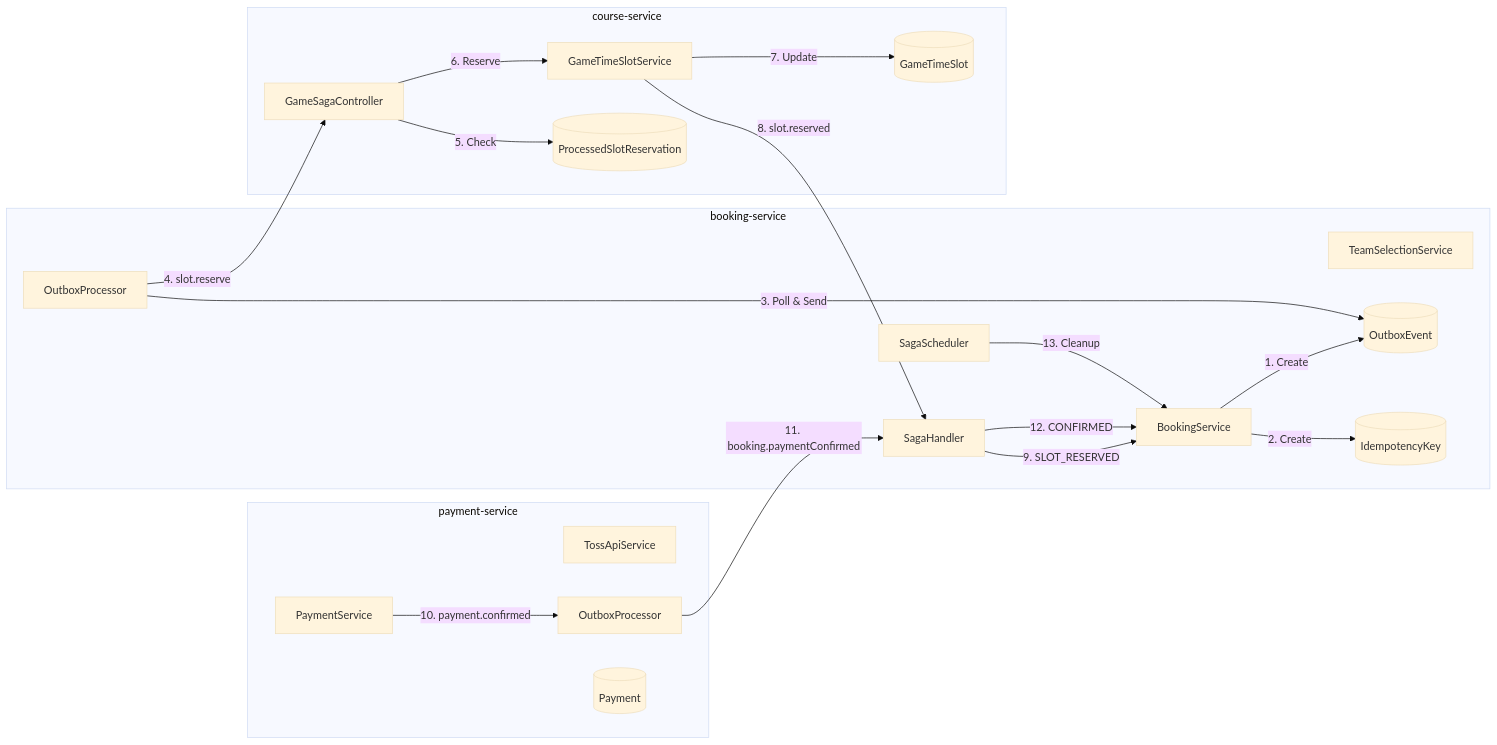
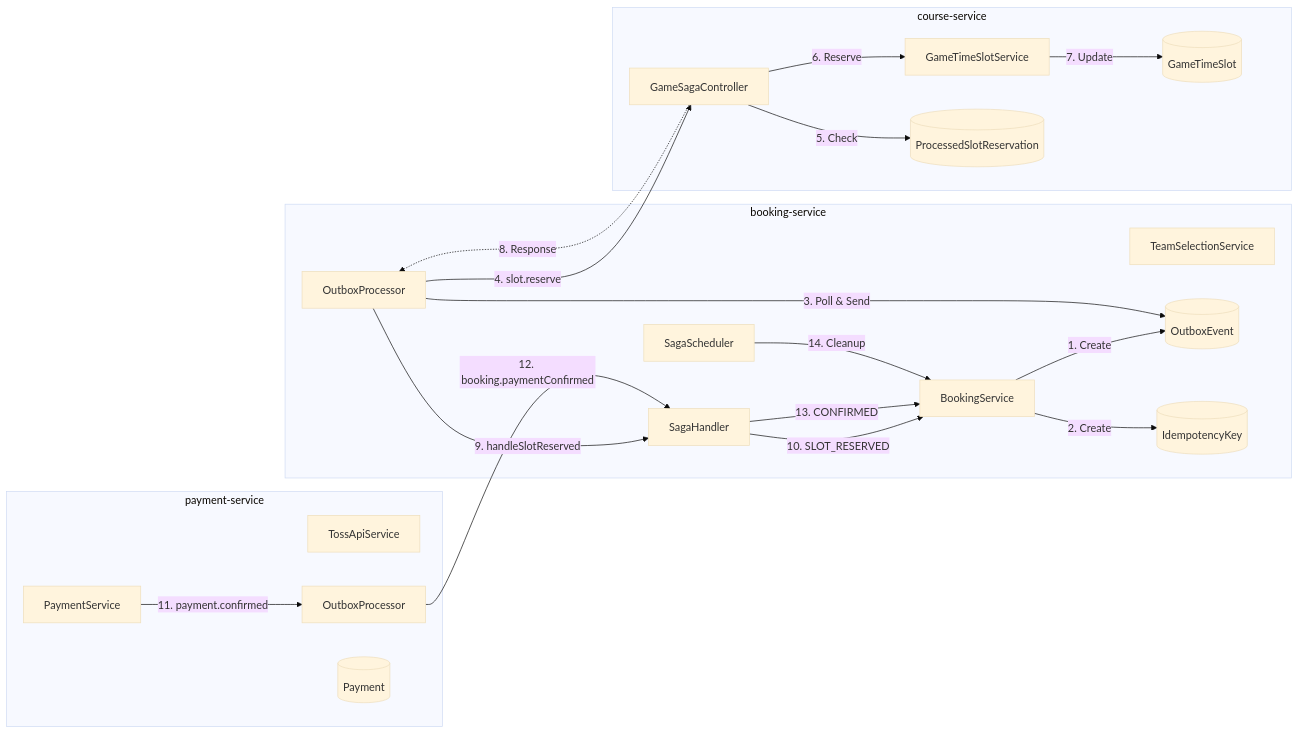
The second of 18 diagrams in docs/workflow/BOOKING.md (uniyous/parkgolf-platform), drawn with Mermaid (base theme) before and after one commit. The commit also changed other lines of this file and 5 other files, not shown here.

First line of the commit message:
docs: 제안서 및 워크플로우 문서 업데이트

````diff
--- a/docs/workflow/BOOKING.md
+++ b/docs/workflow/BOOKING.md
@@ -119,40 +118,41 @@
 ```mermaid
 flowchart LR
     subgraph "booking-service"
         A[BookingService]
         B[OutboxProcessor]
         C[SagaHandler]
         D[SagaScheduler]
         TS[TeamSelectionService]
         E[(OutboxEvent)]
         F[(IdempotencyKey)]
     end
 
     subgraph "course-service"
         G[GameSagaController]
         H[GameTimeSlotService]
         I[(ProcessedSlotReservation)]
         J[(GameTimeSlot)]
     end
 
     subgraph "payment-service"
         K[PaymentService]
         L[TossApiService]
         M[OutboxProcessor]
         N[(Payment)]
     end
 
     A -->|1. Create| E
     A -->|2. Create| F
     B -->|3. Poll & Send| E
     B -->|4. slot.reserve| G
     G -->|5. Check| I
     G -->|6. Reserve| H
     H -->|7. Update| J
-    H -->|8. slot.reserved| C
-    C -->|9. SLOT_RESERVED| A
-    K -->|10. payment.confirmed| M
-    M -->|11. booking.paymentConfirmed| C
-    C -->|12. CONFIRMED| A
-    D -->|13. Cleanup| A
+    G -.->|8. Response| B
+    B -->|9. handleSlotReserved| C
+    C -->|10. SLOT_RESERVED| A
+    K -->|11. payment.confirmed| M
+    M -->|12. booking.paymentConfirmed| C
+    C -->|13. CONFIRMED| A
+    D -->|14. Cleanup| A
 ```
````
